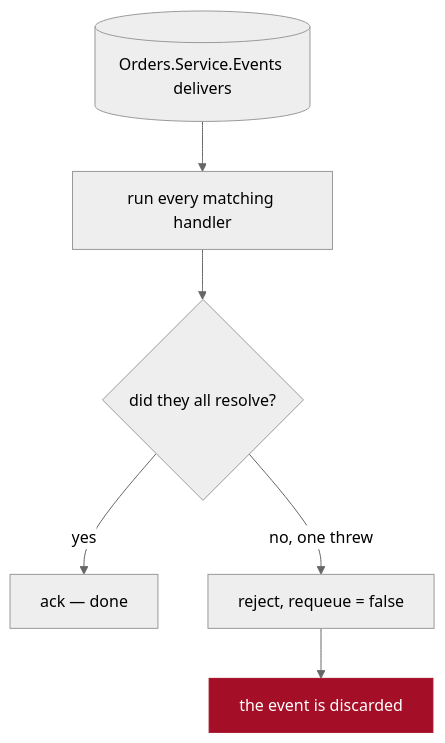
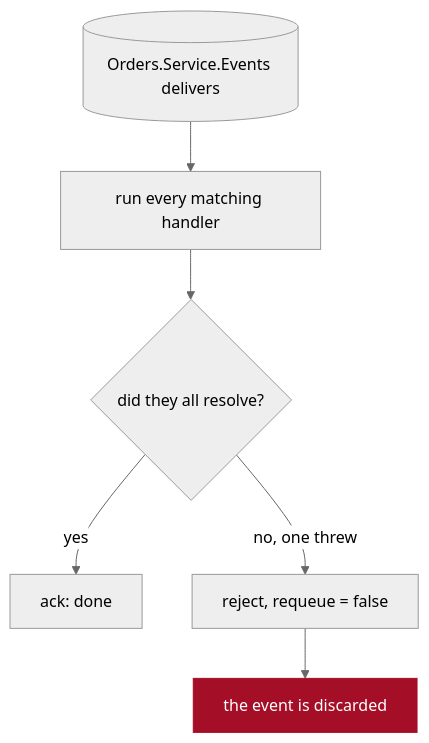
One commit to ArielLaub/protobus changed the second of 2 diagrams in docs/guide/events.md. Above: the diagram before and after it, drawn with Mermaid (neutral theme). The commit also changed other lines of this file and 52 other files, not shown here.

````diff
--- a/docs/guide/events.md
+++ b/docs/guide/events.md
@@ -293,10 +293,10 @@
 ```mermaid
 flowchart TD
     D[("Orders.Service.Events delivers")] --> H["run every matching handler"]
     H --> OK{"did they all resolve?"}
-    OK -->|yes| A["ack — done"]
+    OK -->|yes| A["ack: done"]
     OK -->|"no, one threw"| R["reject, requeue = false"]
     R --> G["the event is discarded"]
 
     style G fill:#a40e26,color:#fff,stroke:#a40e26
 ```
````
